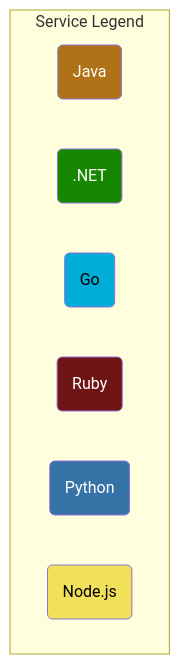
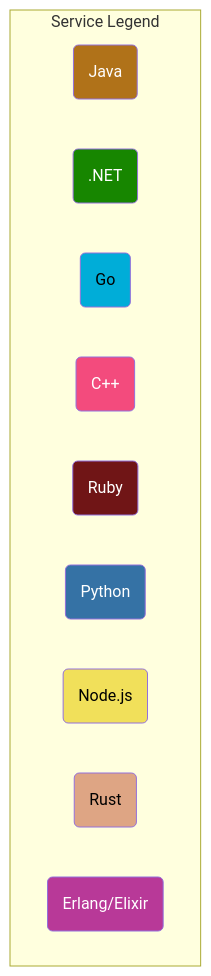
One commit to open-telemetry/opentelemetry-demo changed the second of 2 diagrams in README.md. Above: the diagram before and after it, drawn with Mermaid. The commit also changed other lines of this file and 47 other files, not shown here.

````diff
--- a/README.md
+++ b/README.md
@@ -172,22 +181,25 @@
 ```mermaid
 graph TD
 subgraph Service Legend
   javasvc(Java):::java
   dotnetsvc(.NET):::dotnet
   golangsvc(Go):::golang
+  cppsvc(C++):::cpp
   rubysvc(Ruby):::ruby
   pythonsvc(Python):::python
   nodesvc(Node.js):::nodejs
+  rustsvc(Rust):::rust
+  erlangsvc(Erlang/Elixir):::erlang
 end
 
 classDef java fill:#b07219,color:white;
 classDef dotnet fill:#178600,color:white;
 classDef golang fill:#00add8,color:black;
 classDef cpp fill:#f34b7d,color:white;
 classDef ruby fill:#701516,color:white;
 classDef python fill:#3572A5,color:white;
 classDef nodejs fill:#f1e05a,color:black;
 classDef rust fill:#dea584,color:black;
 classDef erlang fill:#b83998,color:white;
 classDef php fill:#4f5d95,color:white;
 ```
````
